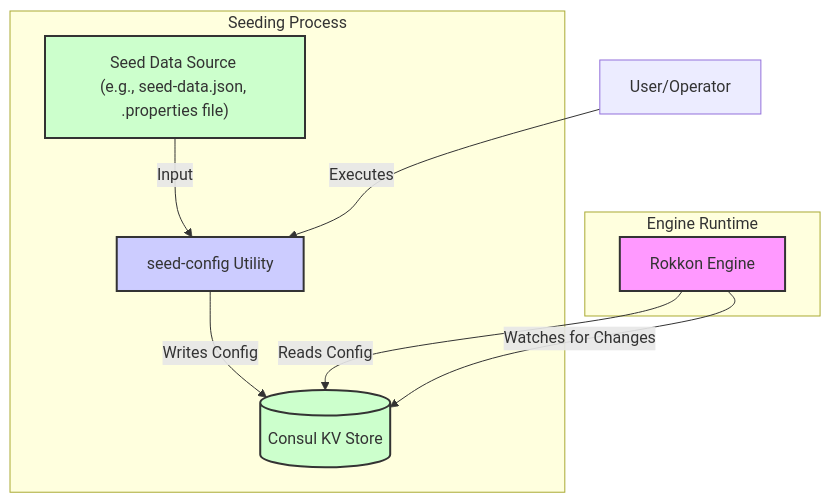
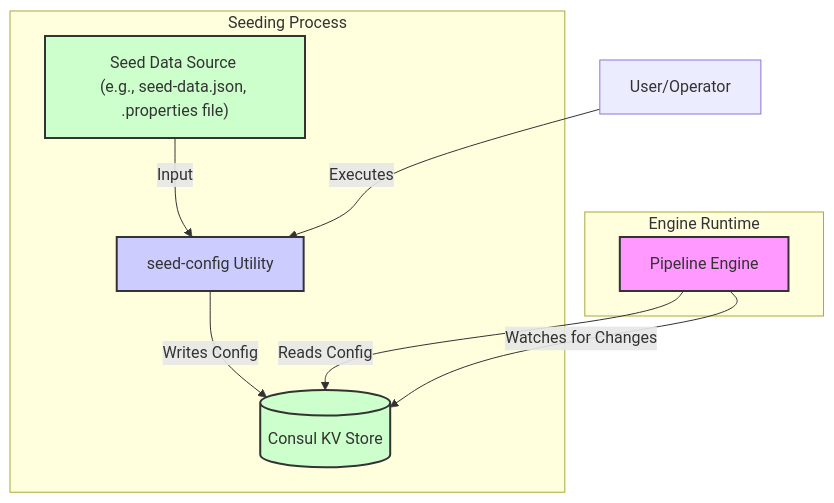
The second of 2 diagrams in ARCHITECTURE/Initialization.md (krickert/rokkon), drawn with Mermaid before and after one commit. The commit also changed other lines of this file and 75 other files, not shown here.

````diff
--- a/ARCHITECTURE/Initialization.md
+++ b/ARCHITECTURE/Initialization.md
@@ -140,22 +140,22 @@
 ```mermaid
 graph TD
     subgraph "Seeding Process"
         SeedDataSource["Seed Data Source <br>(e.g., seed-data.json, .properties file)"] -- Input --> SeedConfigUtil[seed-config Utility]
         SeedConfigUtil -- Writes Config --> ConsulKV[(Consul KV Store)]
     end
 
     subgraph "Engine Runtime"
-        RokkonEngine[Rokkon Engine] -- Reads Config --> ConsulKV
-        RokkonEngine -- Watches for Changes --> ConsulKV
+        PipelineEngine[Pipeline Engine] -- Reads Config --> ConsulKV
+        PipelineEngine -- Watches for Changes --> ConsulKV
     end
 
     User/Operator -- Executes --> SeedConfigUtil
 
     classDef util fill:#ccf,stroke:#333,stroke-width:2px;
     classDef store fill:#cfc,stroke:#333,stroke-width:2px;
     classDef runtime fill:#f9f,stroke:#333,stroke-width:2px;
 
     class SeedConfigUtil util;
     class SeedDataSource,ConsulKV store;
-    class RokkonEngine runtime;
+    class PipelineEngine runtime;
 ```
````
